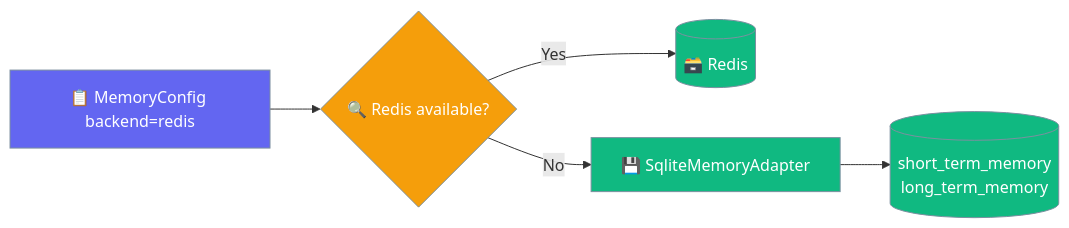
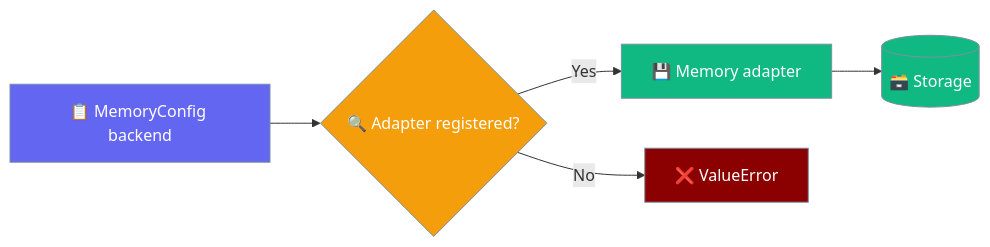
One commit to MervinPraison/PraisonAIDocs changed the third of 4 diagrams in docs/features/advanced-memory.mdx. Above: the diagram before and after it, drawn with Mermaid. The commit also changed other lines of this file and 10 other files, not shown here.

First line of the commit message:
docs: update Memory backend docs to match adapter registry (fixes #3144)

````diff
--- a/docs/features/advanced-memory.mdx
+++ b/docs/features/advanced-memory.mdx
@@ -443,15 +442,17 @@
 ```mermaid
 graph LR
-    Config[📋 MemoryConfig backend=redis] --> Try{🔍 Redis available?}
-    Try -->|Yes| Redis[(🗃️ Redis)]
-    Try -->|No| Adapter[💾 SqliteMemoryAdapter]
-    Adapter --> Tables[(short_term_memory<br/>long_term_memory)]
+    Config[📋 MemoryConfig backend] --> Try{🔍 Adapter registered?}
+    Try -->|Yes| Adapter[💾 Memory adapter]
+    Try -->|No| Err[❌ ValueError]
+    Adapter --> Store[(🗃️ Storage)]
 
     classDef config fill:#6366F1,stroke:#7C90A0,color:#fff
     classDef decision fill:#F59E0B,stroke:#7C90A0,color:#fff
     classDef storage fill:#10B981,stroke:#7C90A0,color:#fff
+    classDef error fill:#8B0000,stroke:#7C90A0,color:#fff
 
     class Config config
     class Try decision
-    class Redis,Adapter,Tables storage
+    class Adapter,Store storage
+    class Err error
 ```
````
